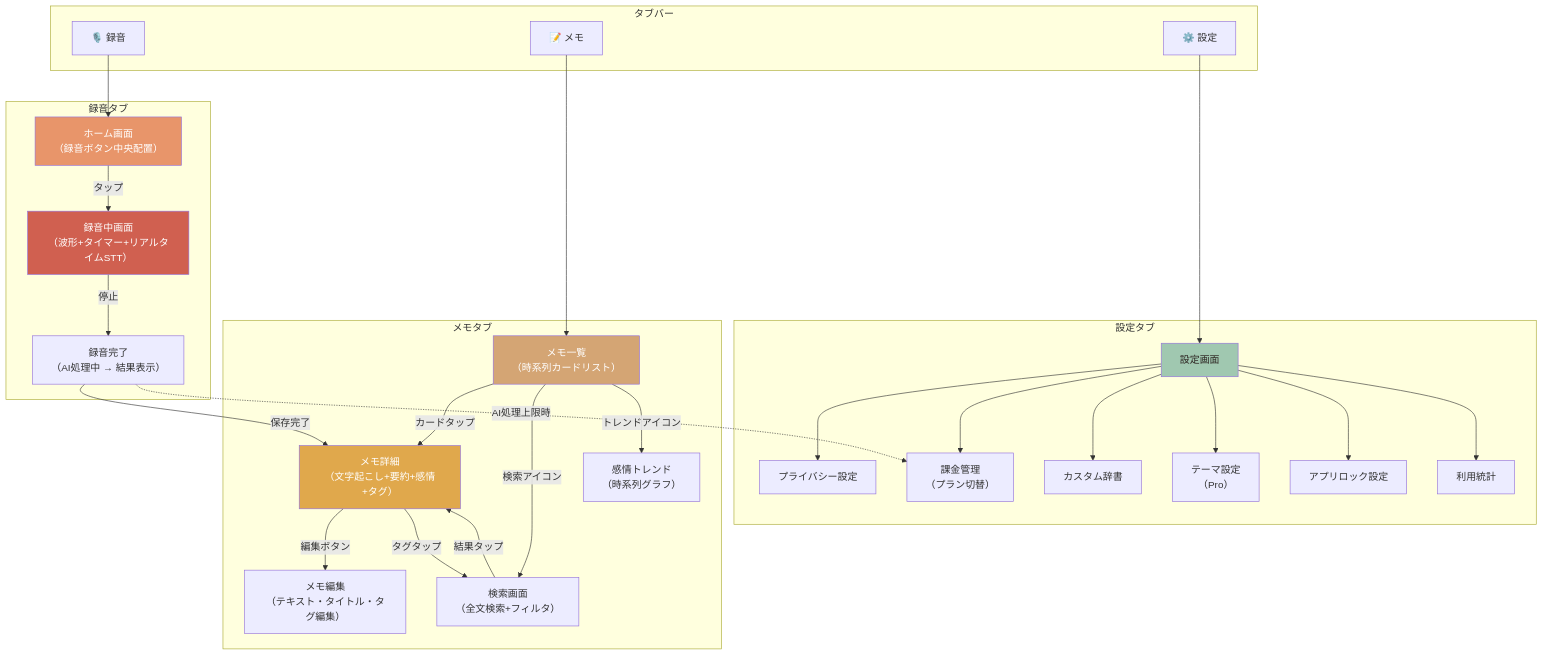
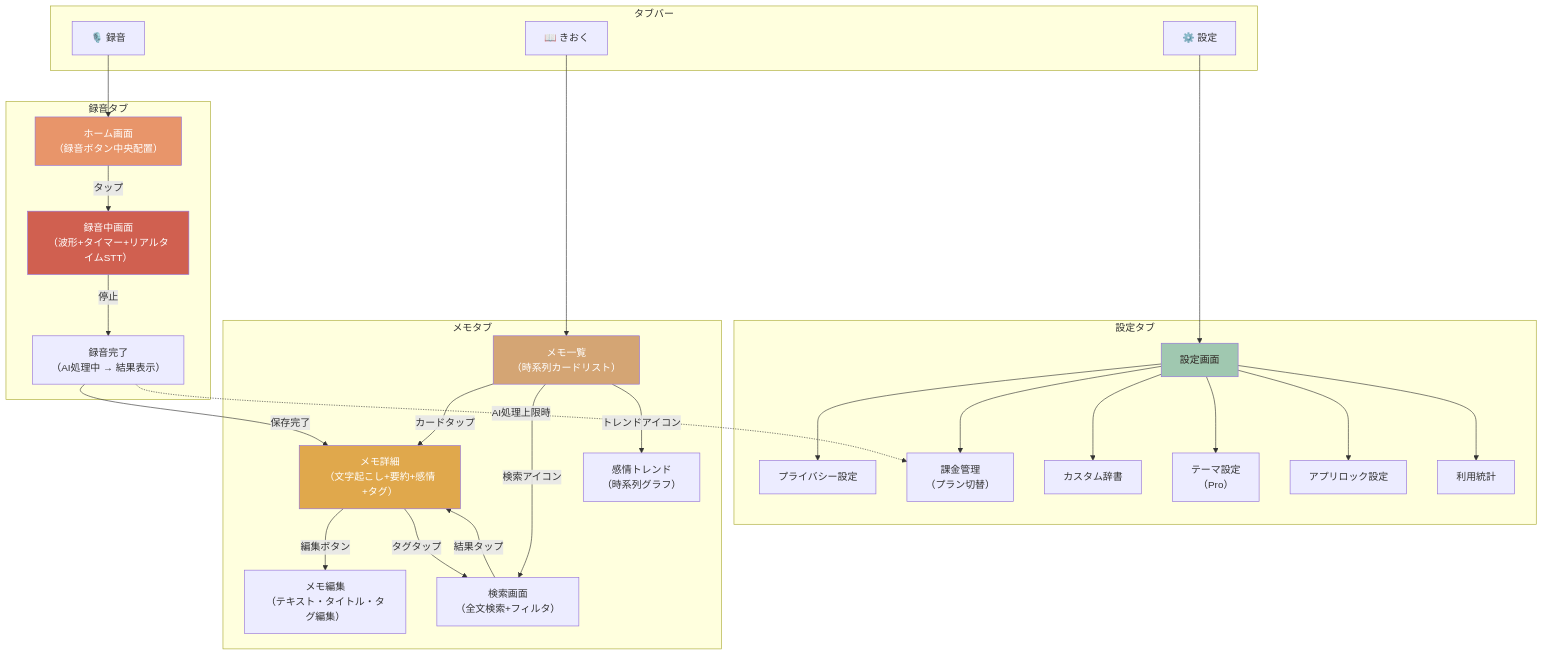
The second of 3 diagrams in docs/spec/ai-voice-memo/design/04-ui-design-system.md (yoskmr/VoiceMemo), drawn with Mermaid before and after one commit. The commit also changed other lines of this file and 3 other files, not shown here.

````diff
--- a/docs/spec/ai-voice-memo/design/04-ui-design-system.md
+++ b/docs/spec/ai-voice-memo/design/04-ui-design-system.md
@@ -675,62 +675,62 @@
 ```mermaid
 flowchart TB
     subgraph TabBar["タブバー"]
         Tab1["🎙️ 録音"]
-        Tab2["📝 メモ"]
+        Tab2["📖 きおく"]
         Tab3["⚙️ 設定"]
     end
 
     subgraph HomeFlow["録音タブ"]
         Home["ホーム画面\n（録音ボタン中央配置）"]
         Recording["録音中画面\n（波形+タイマー+リアルタイムSTT）"]
         RecordComplete["録音完了\n（AI処理中 → 結果表示）"]
     end
 
     subgraph MemoFlow["メモタブ"]
         MemoList["メモ一覧\n（時系列カードリスト）"]
         MemoDetail["メモ詳細\n（文字起こし+要約+感情+タグ）"]
         MemoEdit["メモ編集\n（テキスト・タイトル・タグ編集）"]
         Search["検索画面\n（全文検索+フィルタ）"]
         EmotionTrend["感情トレンド\n（時系列グラフ）"]
     end
 
     subgraph SettingsFlow["設定タブ"]
         Settings["設定画面"]
         Privacy["プライバシー設定"]
         Subscription["課金管理\n（プラン切替）"]
         CustomDict["カスタム辞書"]
         Theme["テーマ設定\n（Pro）"]
         AppLock["アプリロック設定"]
         Stats["利用統計"]
     end
 
     Tab1 --> Home
     Tab2 --> MemoList
     Tab3 --> Settings
 
     Home -->|"タップ"| Recording
     Recording -->|"停止"| RecordComplete
     RecordComplete -->|"保存完了"| MemoDetail
 
     MemoList -->|"カードタップ"| MemoDetail
     MemoList -->|"検索アイコン"| Search
     MemoList -->|"トレンドアイコン"| EmotionTrend
     MemoDetail -->|"編集ボタン"| MemoEdit
     MemoDetail -->|"タグタップ"| Search
     Search -->|"結果タップ"| MemoDetail
 
     Settings --> Privacy
     Settings --> Subscription
     Settings --> CustomDict
     Settings --> Theme
     Settings --> AppLock
     Settings --> Stats
 
     RecordComplete -.->|"AI処理上限時"| Subscription
 
     style Home fill:#E8956A,color:#fff
     style Recording fill:#D06050,color:#fff
     style MemoList fill:#D4A574,color:#fff
     style MemoDetail fill:#E0A84C,color:#fff
     style Settings fill:#A0C8B0,color:#2C2420
 ```
````
